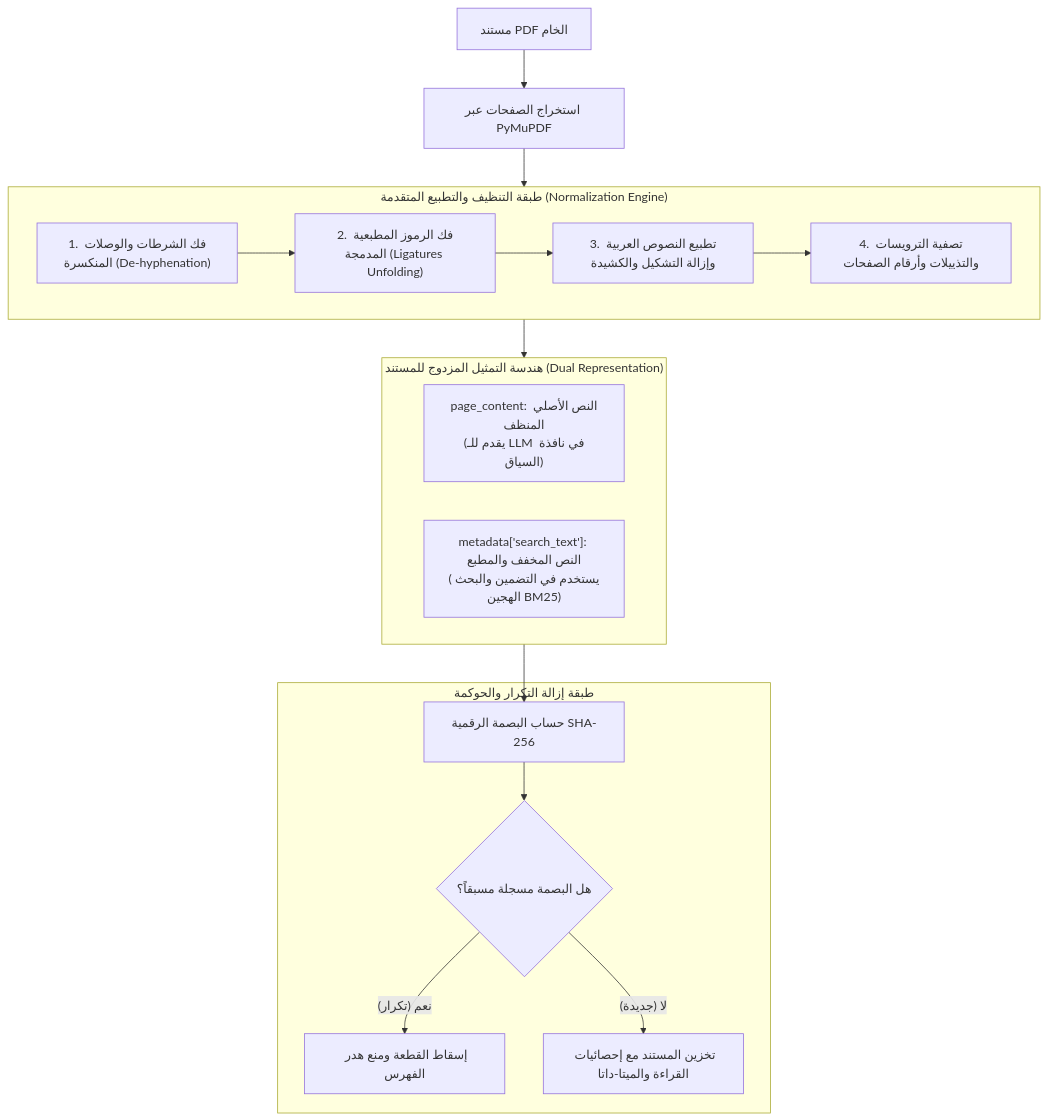
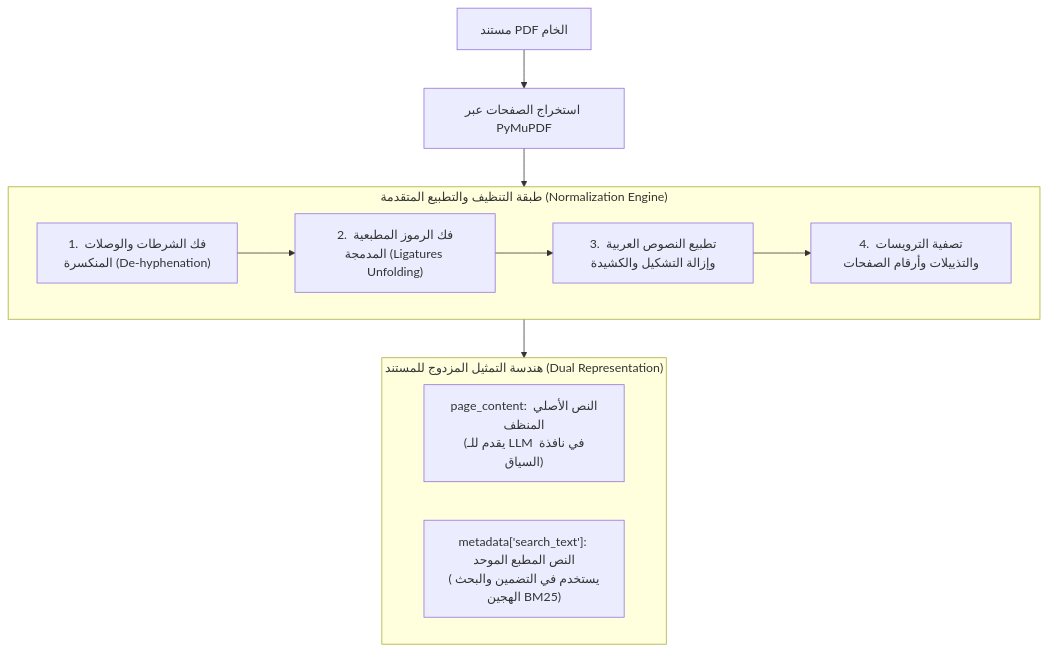
Before and after one commit to ali-abofouda/RAG-Mastery: the diagram in docs/01-ingestion/06-pdf-advanced-issues.md, drawn with Mermaid. The commit also changed other lines of this file and 10 other files, not shown here.

````diff
--- a/docs/01-ingestion/06-pdf-advanced-issues.md
+++ b/docs/01-ingestion/06-pdf-advanced-issues.md
@@ -11,31 +10,22 @@
 ```mermaid
 flowchart TD
     RawPDF["مستند PDF الخام"] --> PyMuPDF["استخراج الصفحات عبر PyMuPDF"]
     
     subgraph Cleanser["طبقة التنظيف والتطبيع المتقدمة (Normalization Engine)"]
         Dehyphen["1. فك الشرطات والوصلات المنكسرة (De-hyphenation)"]
         Ligatures["2. فك الرموز المطبعية المدمجة (Ligatures Unfolding)"]
         ArabicNorm["3. تطبيع النصوص العربية وإزالة التشكيل والكشيدة"]
         HeaderStrip["4. تصفية الترويسات والتذييلات وأرقام الصفحات"]
         
         Dehyphen --> Ligatures --> ArabicNorm --> HeaderStrip
     end
     
     PyMuPDF --> Cleanser
     
     subgraph DualRepresentation["هندسة التمثيل المزدوج للمستند (Dual Representation)"]
         CleanContent["page_content: النص الأصلي المنظف<br/>(يقدم للـ LLM في نافذة السياق)"]
-        SearchText["metadata['search_text']: النص المخفف والمطبع<br/>(يستخدم في التضمين والبحث الهجين BM25)"]
+        SearchText["metadata['search_text']: النص المطبع الموحد<br/>(يستخدم في التضمين والبحث الهجين BM25)"]
     end
     
     Cleanser --> DualRepresentation
-    
-    subgraph Deduplication["طبقة إزالة التكرار والحوكمة"]
-        HashCalc["حساب البصمة الرقمية SHA-256"]
-        DedupCheck{"هل البصمة مسجلة مسبقاً؟"}
-        DedupCheck -- "نعم (تكرار)" --> Drop["إسقاط القطعة ومنع هدر الفهرس"]
-        DedupCheck -- "لا (جديدة)" --> Store["تخزين المستند مع إحصائيات القراءة والميتا-داتا"]
-    end
-    
-    DualRepresentation --> HashCalc --> DedupCheck
 ```
````
